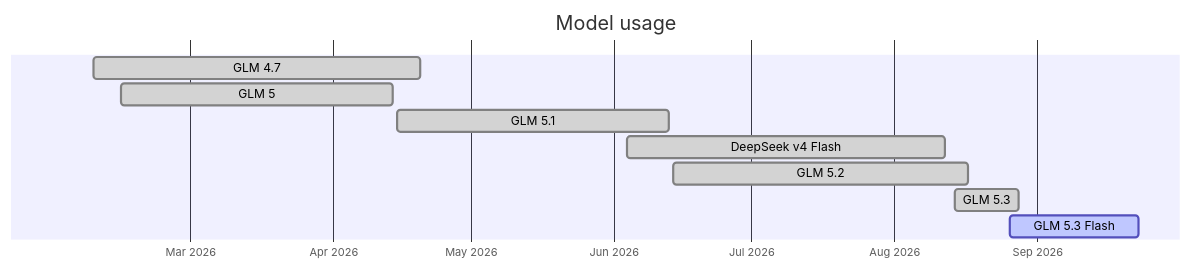
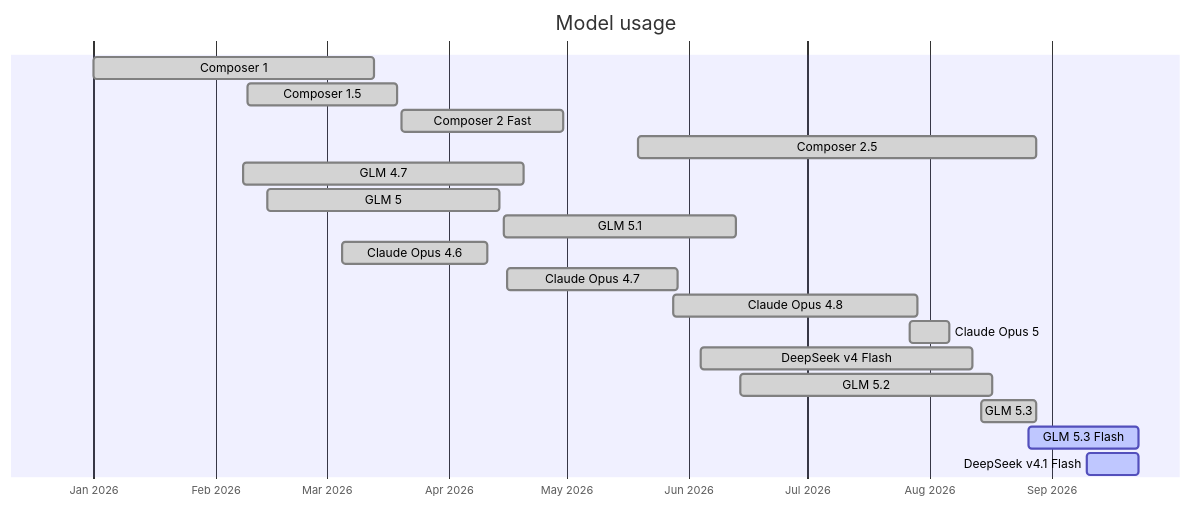
Before and after one commit to tomzx/blog.tomrochette.com-content: the diagram in ai-tools-i-have-used/index.md, drawn with Mermaid. The commit also changed other lines of this file, not shown here.

Commit message:
Expand model usage gantt chart

````diff
--- a/ai-tools-i-have-used/index.md
+++ b/ai-tools-i-have-used/index.md
@@ -82,13 +82,22 @@
 ```mermaid
 gantt
     title Model usage
     dateFormat YYYY-MM-DD
     axisFormat %b %Y
-    GLM 4.7           :done,   2026-02-08, 2026-04-20
-    GLM 5             :done,   2026-02-14, 2026-04-14
-    GLM 5.1           :done,   2026-04-15, 2026-06-13
-    DeepSeek v4 Flash :done,   2026-06-04, 2026-08-12
-    GLM 5.2           :done,   2026-06-14, 2026-08-17
-    GLM 5.3           :done,   2026-08-14, 2026-08-28
-    GLM 5.3 Flash     :active, 2026-08-26, 2026-09-23
+    Composer 1          :done,   2026-01-01, 2026-03-13
+    Composer 1.5        :done,   2026-02-09, 2026-03-19
+    Composer 2 Fast     :done,   2026-03-20, 2026-04-30
+    Composer 2.5        :done,   2026-05-19, 2026-08-28
+    GLM 4.7             :done,   2026-02-08, 2026-04-20
+    GLM 5               :done,   2026-02-14, 2026-04-14
+    GLM 5.1             :done,   2026-04-15, 2026-06-13
+    Claude Opus 4.6     :done,   2026-03-05, 2026-04-11
+    Claude Opus 4.7     :done,   2026-04-16, 2026-05-29
+    Claude Opus 4.8     :done,   2026-05-28, 2026-07-29
+    Claude Opus 5       :done,   2026-07-27, 2026-08-06
+    DeepSeek v4 Flash   :done,   2026-06-04, 2026-08-12
+    GLM 5.2             :done,   2026-06-14, 2026-08-17
+    GLM 5.3             :done,   2026-08-14, 2026-08-28
+    GLM 5.3 Flash       :active, 2026-08-26, 2026-09-23
+    DeepSeek v4.1 Flash :active, 2026-09-10, 2026-09-23
 ```
````
